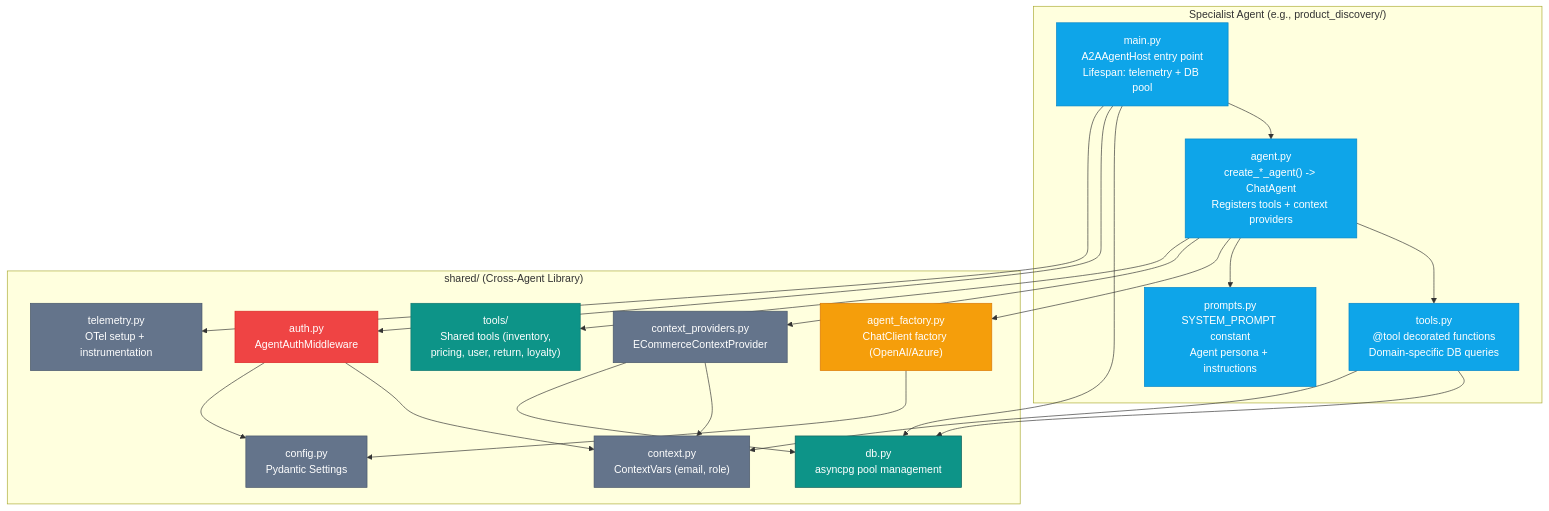
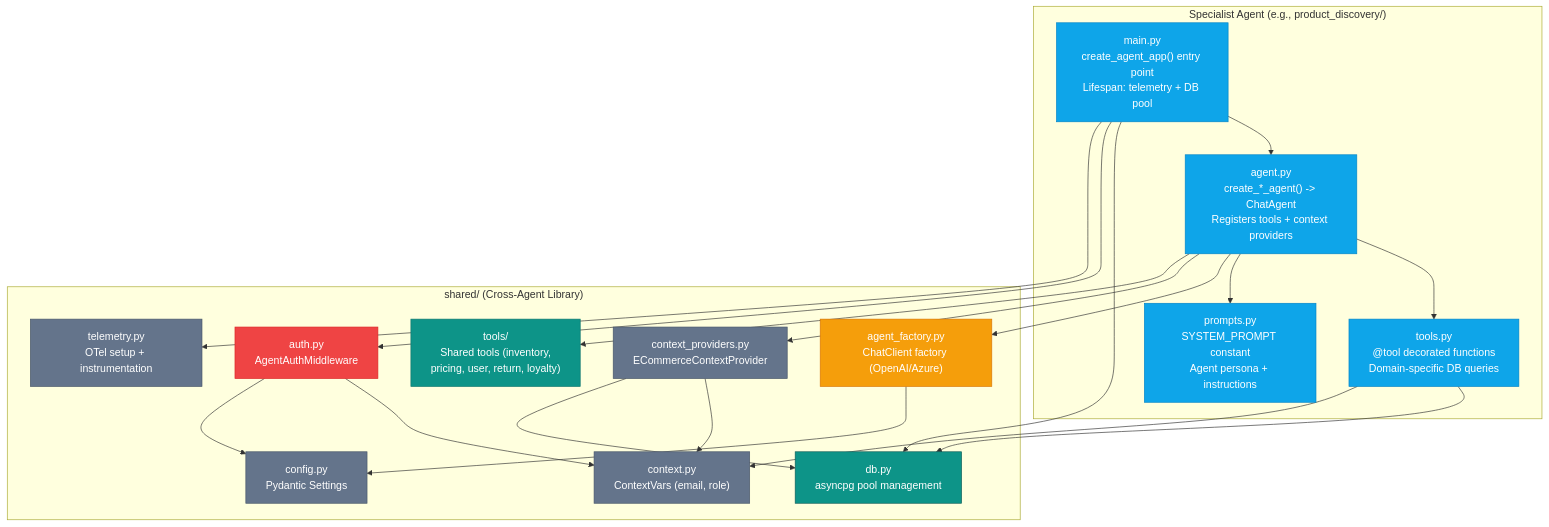
Before and after one commit to rakyma0228/eCommerce-agent: the third of 7 diagrams in docs/architecture.md, drawn with Mermaid. The commit also changed other lines of this file and 20 other files, not shown here.

First line of the commit message:
docs: sync README, CLAUDE.md and docs/ with the code (A2A 1.0, schema, deployment, API, nav) (#159)

````diff
--- a/docs/architecture.md
+++ b/docs/architecture.md
@@ -142,50 +142,50 @@
 ```mermaid
 graph TB
     subgraph AgentHost["Specialist Agent (e.g., product_discovery/)"]
-        MAIN["main.py<br/>A2AAgentHost entry point<br/>Lifespan: telemetry + DB pool"]
+        MAIN["main.py<br/>create_agent_app() entry point<br/>Lifespan: telemetry + DB pool"]
         AGENTPY["agent.py<br/>create_*_agent() -> ChatAgent<br/>Registers tools + context providers"]
         TOOLS["tools.py<br/>@tool decorated functions<br/>Domain-specific DB queries"]
         PROMPTS["prompts.py<br/>SYSTEM_PROMPT constant<br/>Agent persona + instructions"]
     end
 
     subgraph SharedLib["shared/ (Cross-Agent Library)"]
         CONFIG["config.py<br/>Pydantic Settings"]
         DBMOD["db.py<br/>asyncpg pool management"]
         AUTH["auth.py<br/>AgentAuthMiddleware"]
         CTX["context.py<br/>ContextVars (email, role)"]
         CTXPROV["context_providers.py<br/>ECommerceContextProvider"]
         FACTORY["agent_factory.py<br/>ChatClient factory (OpenAI/Azure)"]
         TELEM["telemetry.py<br/>OTel setup + instrumentation"]
         SHARED_TOOLS["tools/<br/>Shared tools (inventory,<br/>pricing, user, return, loyalty)"]
     end
 
     MAIN --> AGENTPY
     MAIN --> DBMOD
     MAIN --> AUTH
     MAIN --> TELEM
     AGENTPY --> TOOLS
     AGENTPY --> PROMPTS
     AGENTPY --> FACTORY
     AGENTPY --> CTXPROV
     AGENTPY --> SHARED_TOOLS
     TOOLS --> DBMOD
     TOOLS --> CTX
     CTXPROV --> CTX
     CTXPROV --> DBMOD
     AUTH --> CTX
     AUTH --> CONFIG
     FACTORY --> CONFIG
 
     style MAIN fill:#0ea5e9,stroke:#0284c7,color:#fff
     style AGENTPY fill:#0ea5e9,stroke:#0284c7,color:#fff
     style TOOLS fill:#0ea5e9,stroke:#0284c7,color:#fff
     style PROMPTS fill:#0ea5e9,stroke:#0284c7,color:#fff
     style CONFIG fill:#64748b,stroke:#475569,color:#fff
     style DBMOD fill:#0d9488,stroke:#115e59,color:#fff
     style AUTH fill:#ef4444,stroke:#dc2626,color:#fff
     style CTX fill:#64748b,stroke:#475569,color:#fff
     style CTXPROV fill:#64748b,stroke:#475569,color:#fff
     style FACTORY fill:#f59e0b,stroke:#d97706,color:#fff
     style TELEM fill:#64748b,stroke:#475569,color:#fff
     style SHARED_TOOLS fill:#0d9488,stroke:#0f766e,color:#fff
 ```
````
